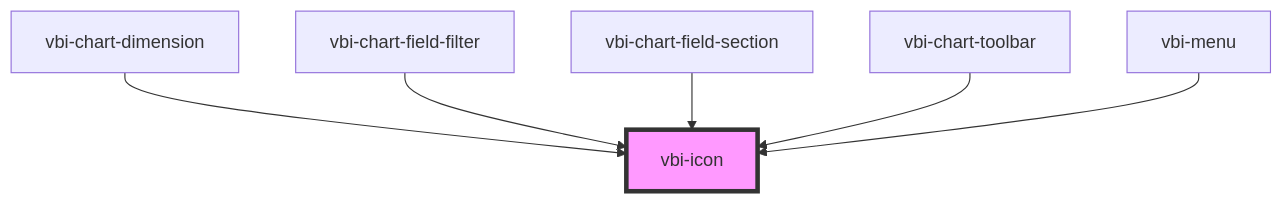
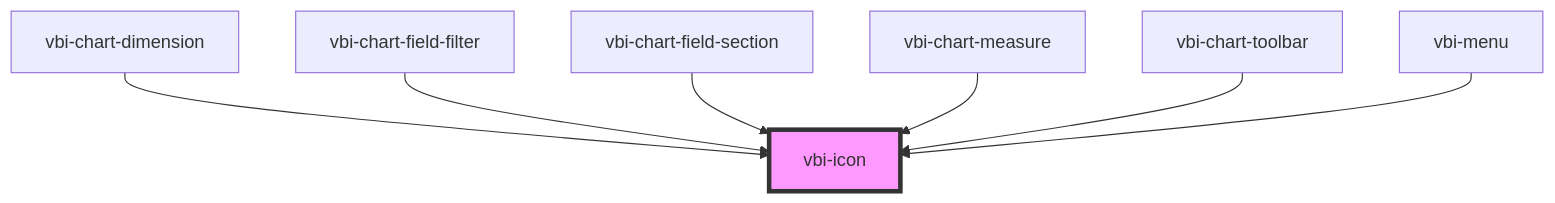
One commit to Ditto190/VBI-modme changed the diagram in packages/vbi-component/src/components/ui/vbi-icon/readme.md. Above: the diagram before and after it, drawn with Mermaid. The commit also changed other lines of this file and 17 other files, not shown here.

Commit message:
feat(chart): add vbi-chart-measure to chart shelf panel

````diff
--- a/packages/vbi-component/src/components/ui/vbi-icon/readme.md
+++ b/packages/vbi-component/src/components/ui/vbi-icon/readme.md
@@ -28,9 +29,10 @@
 ```mermaid
 graph TD;
   vbi-chart-dimension --> vbi-icon
   vbi-chart-field-filter --> vbi-icon
   vbi-chart-field-section --> vbi-icon
+  vbi-chart-measure --> vbi-icon
   vbi-chart-toolbar --> vbi-icon
   vbi-menu --> vbi-icon
   style vbi-icon fill:#f9f,stroke:#333,stroke-width:4px
 ```
````
